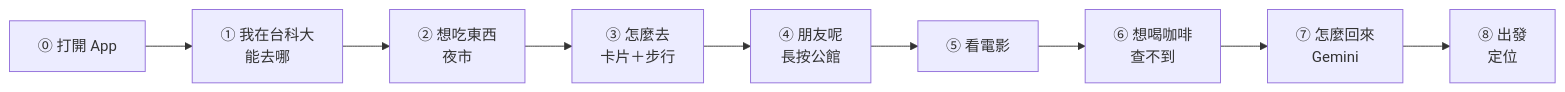
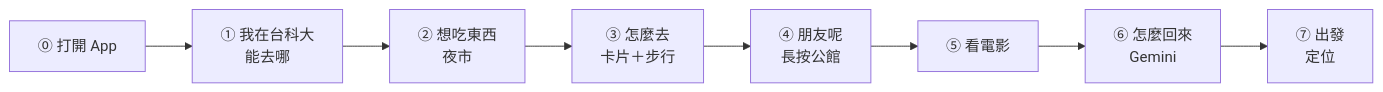
The diagram in report/demo.md (transit-reach/dev-notes), drawn with Mermaid before and after one commit. The commit also changed other lines of this file and 1 other file, not shown here.

````diff
--- a/report/demo.md
+++ b/report/demo.md
@@ -9,4 +9,4 @@
 ```mermaid
 flowchart LR
-    S0["⓪ 打開 App"] --> S1["① 我在台科大<br/>能去哪"] --> S2["② 想吃東西<br/>夜市"] --> S3["③ 怎麼去<br/>卡片＋步行"] --> S4["④ 朋友呢<br/>長按公館"] --> S5["⑤ 看電影"] --> S6["⑥ 想喝咖啡<br/>查不到"] --> S7["⑦ 怎麼回來<br/>Gemini"] --> S8["⑧ 出發<br/>定位"]
+    S0["⓪ 打開 App"] --> S1["① 我在台科大<br/>能去哪"] --> S2["② 想吃東西<br/>夜市"] --> S3["③ 怎麼去<br/>卡片＋步行"] --> S4["④ 朋友呢<br/>長按公館"] --> S5["⑤ 看電影"] --> S6["⑥ 怎麼回來<br/>Gemini"] --> S7["⑦ 出發<br/>定位"]
 ```
````
